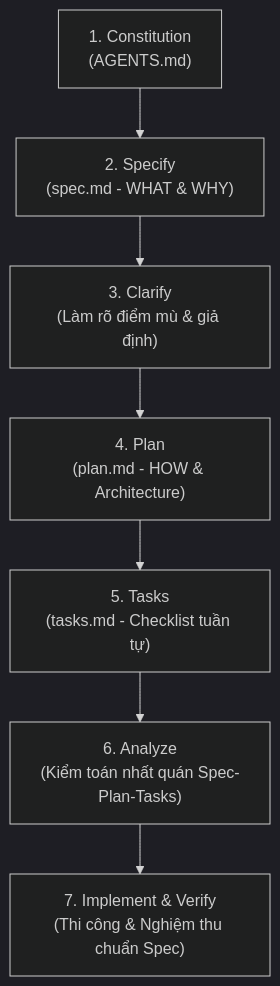
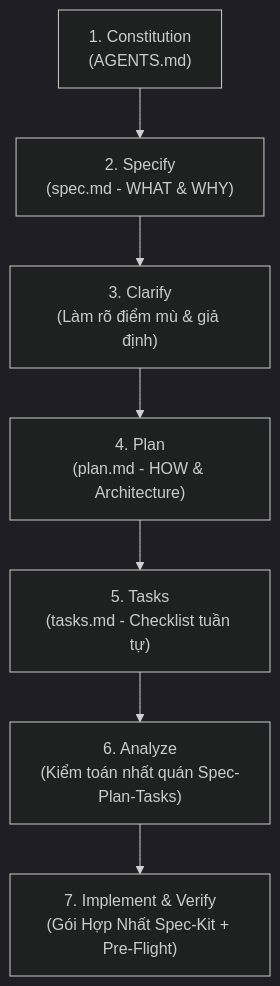
Before and after one commit to hungnln2102/admin_orderlist: the diagram in .agents/skills/spec-kit/SKILL.md, drawn with Mermaid (dark theme). The commit also changed other lines of this file and 30 other files, not shown here.

````diff
--- a/.agents/skills/spec-kit/SKILL.md
+++ b/.agents/skills/spec-kit/SKILL.md
@@ -28,9 +30,9 @@
 ```mermaid
 flowchart TD
     P1["1. Constitution<br/>(AGENTS.md)"] --> P2["2. Specify<br/>(spec.md - WHAT & WHY)"]
     P2 --> P3["3. Clarify<br/>(Làm rõ điểm mù & giả định)"]
     P3 --> P4["4. Plan<br/>(plan.md - HOW & Architecture)"]
     P4 --> P5["5. Tasks<br/>(tasks.md - Checklist tuần tự)"]
     P5 --> P6["6. Analyze<br/>(Kiểm toán nhất quán Spec-Plan-Tasks)"]
-    P6 --> P7["7. Implement & Verify<br/>(Thi công & Nghiệm thu chuẩn Spec)"]
+    P6 --> P7["7. Implement & Verify<br/>(Gói Hợp Nhất Spec-Kit + Pre-Flight)"]
 ```
````
